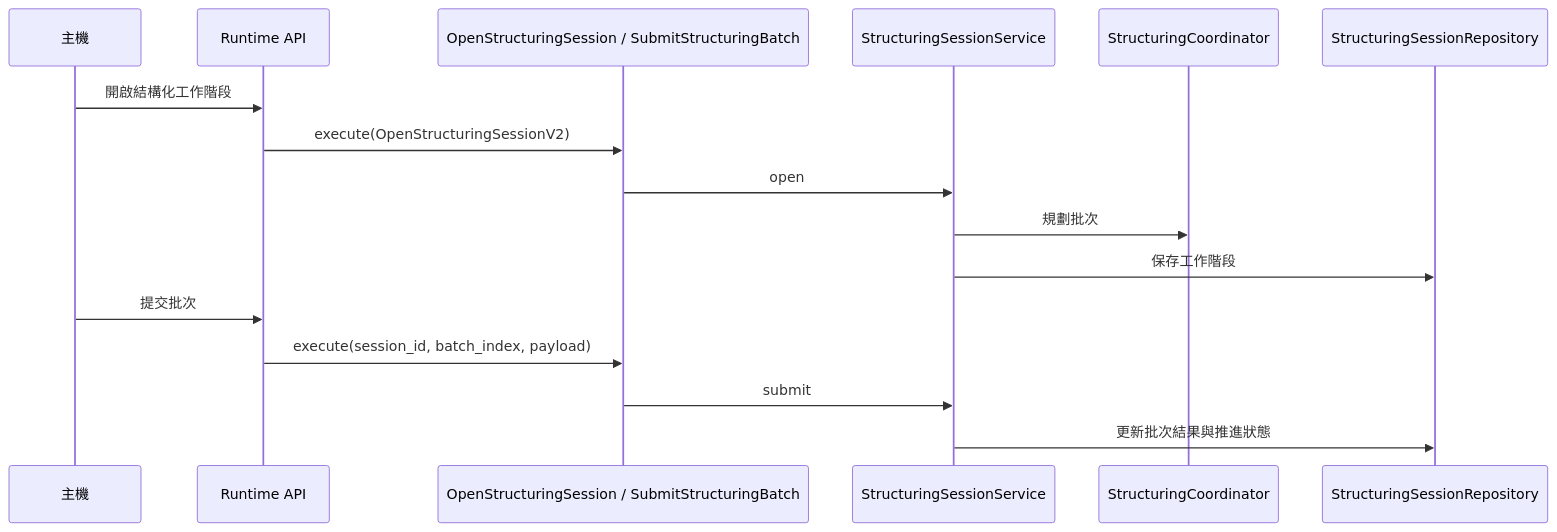
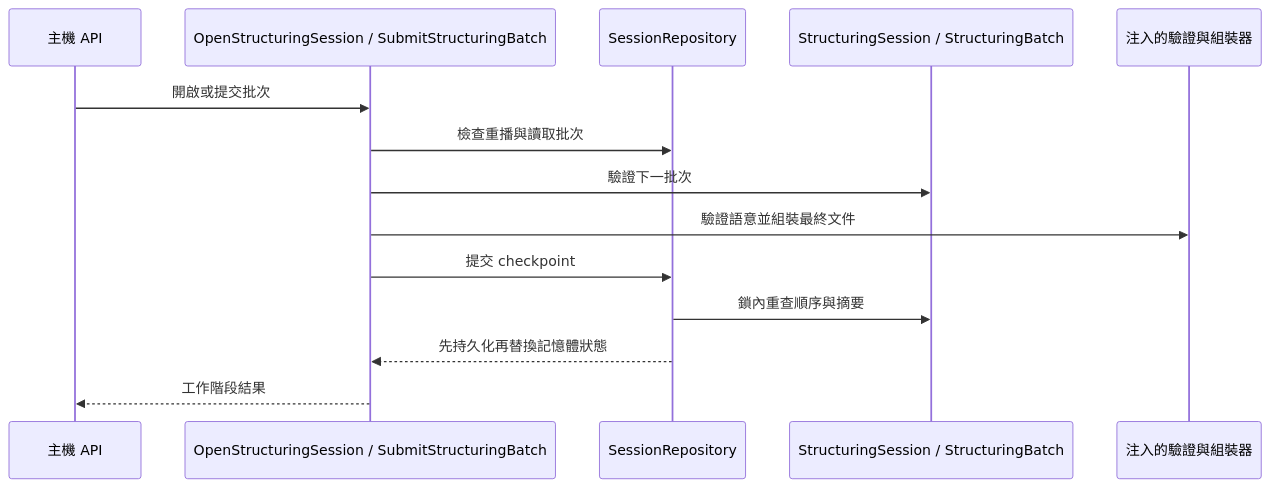
The second of 2 diagrams in docs/domain/structuring.md (gx-capture/capture-workbench), drawn with Mermaid before and after one commit. The commit also changed other lines of this file and 46 other files, not shown here.

````diff
--- a/docs/domain/structuring.md
+++ b/docs/domain/structuring.md
@@ -69,18 +38,16 @@
 ```mermaid
 sequenceDiagram
-  participant Host as 主機
-  participant API as Runtime API
-  participant UseCase as OpenStructuringSession / SubmitStructuringBatch
-  participant Service as StructuringSessionService
-  participant Coordinator as StructuringCoordinator
-  participant Repo as StructuringSessionRepository
-  Host->>API: 開啟結構化工作階段
-  API->>UseCase: execute(OpenStructuringSessionV2)
-  UseCase->>Service: open
-  Service->>Coordinator: 規劃批次
-  Service->>Repo: 保存工作階段
-  Host->>API: 提交批次
-  API->>UseCase: execute(session_id, batch_index, payload)
-  UseCase->>Service: submit
-  Service->>Repo: 更新批次結果與推進狀態
+  participant API as 主機 API
+  participant UC as OpenStructuringSession / SubmitStructuringBatch
+  participant Repo as SessionRepository
+  participant Domain as StructuringSession / StructuringBatch
+  participant Validator as 注入的驗證與組裝器
+  API->>UC: 開啟或提交批次
+  UC->>Repo: 檢查重播與讀取批次
+  UC->>Domain: 驗證下一批次
+  UC->>Validator: 驗證語意並組裝最終文件
+  UC->>Repo: 提交 checkpoint
+  Repo->>Domain: 鎖內重查順序與摘要
+  Repo-->>UC: 先持久化再替換記憶體狀態
+  UC-->>API: 工作階段結果
 ```
````
